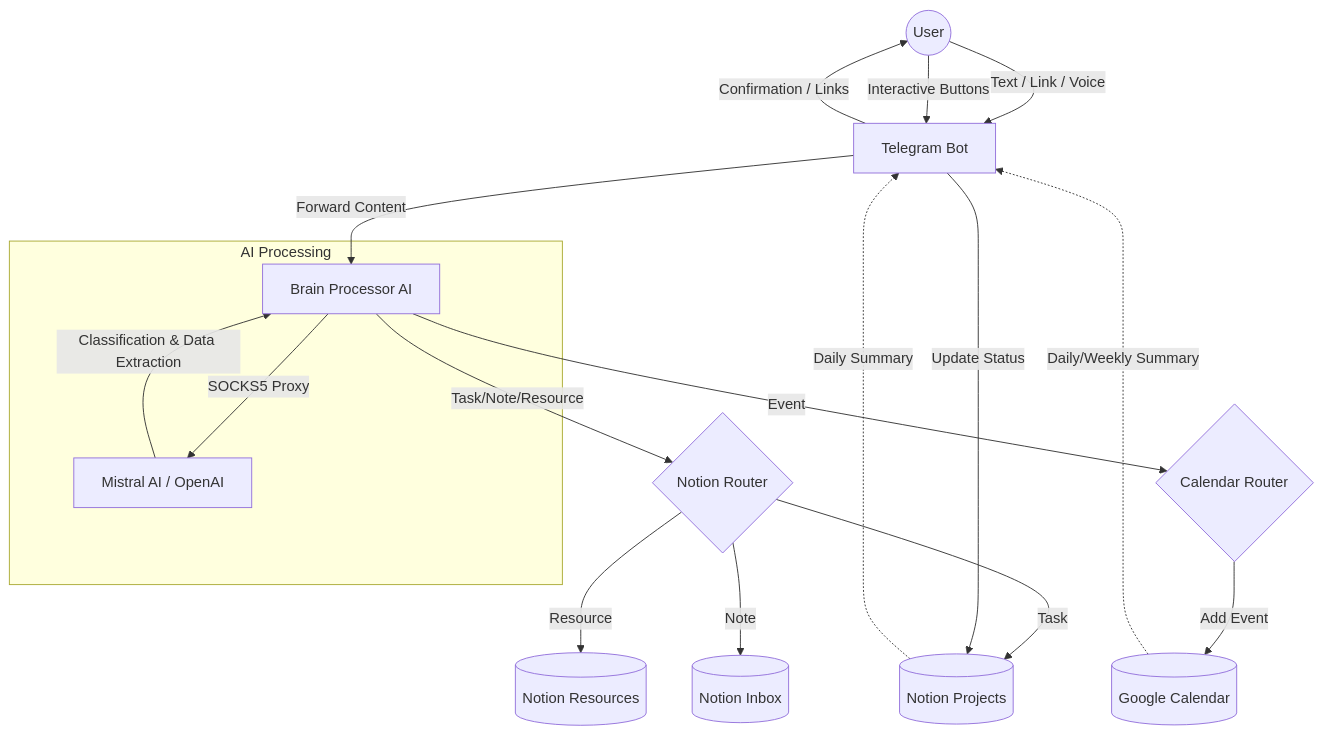
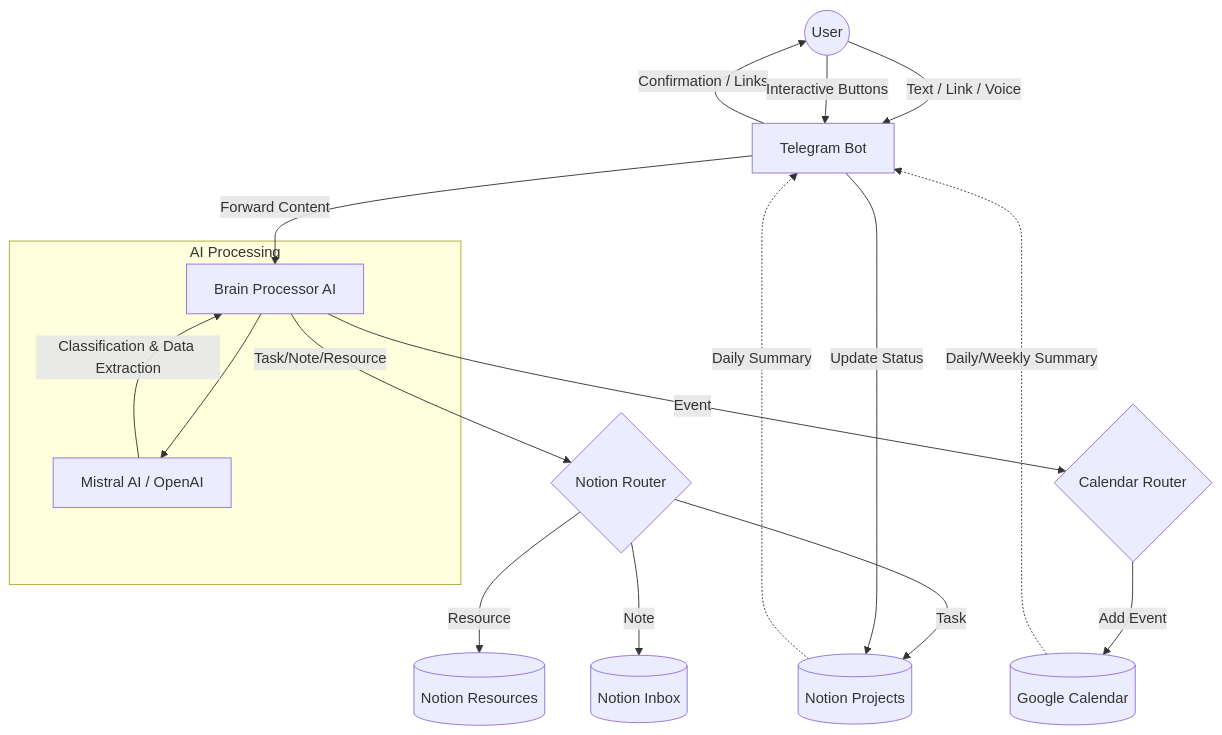
Before and after one commit to vsanyanov-ux/Second-Brain: the diagram in README.md, drawn with Mermaid. The commit also changed other lines of this file, not shown here.

````diff
--- a/README.md
+++ b/README.md
@@ -7,26 +7,26 @@
 ```mermaid
 graph TD
     User((User)) -->|Text / Link / Voice| TG[Telegram Bot]
     TG -->|Forward Content| Processor[Brain Processor AI]
     
     subgraph AI Processing
-        Processor -->|SOCKS5 Proxy| LLM[Mistral AI / OpenAI]
+        Processor --> LLM[Mistral AI / OpenAI]
         LLM -->|Classification & Data Extraction| Processor
     end
 
     Processor -->|Task/Note/Resource| NotionRouter{Notion Router}
     Processor -->|Event| CalendarRouter{Calendar Router}
     
     NotionRouter -->|Task| Projects[(Notion Projects)]
     NotionRouter -->|Resource| Resources[(Notion Resources)]
     NotionRouter -->|Note| Inbox[(Notion Inbox)]
     
     CalendarRouter -->|Add Event| GCal[(Google Calendar)]
     
     GCal -.->|Daily/Weekly Summary| TG
     Projects -.->|Daily Summary| TG
     
     TG -->|Confirmation / Links| User
     User -->|Interactive Buttons| TG
     TG -->|Update Status| Projects
 ```
````
